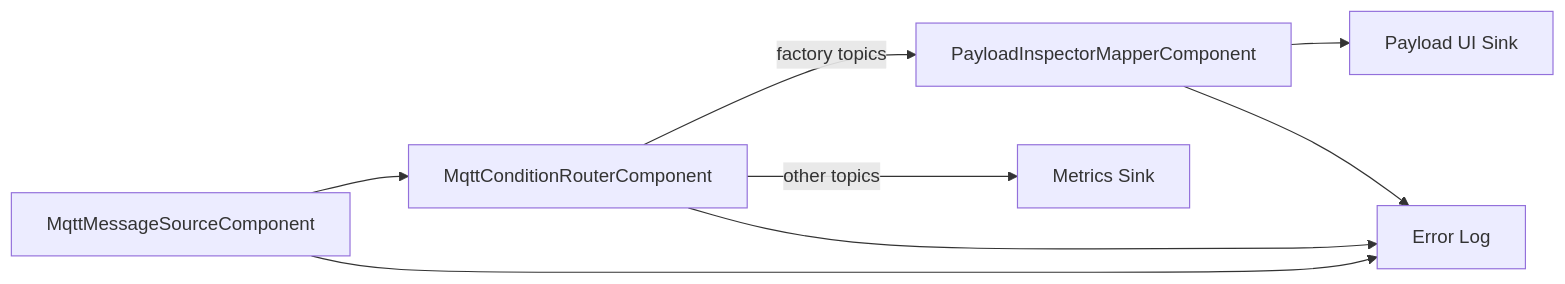
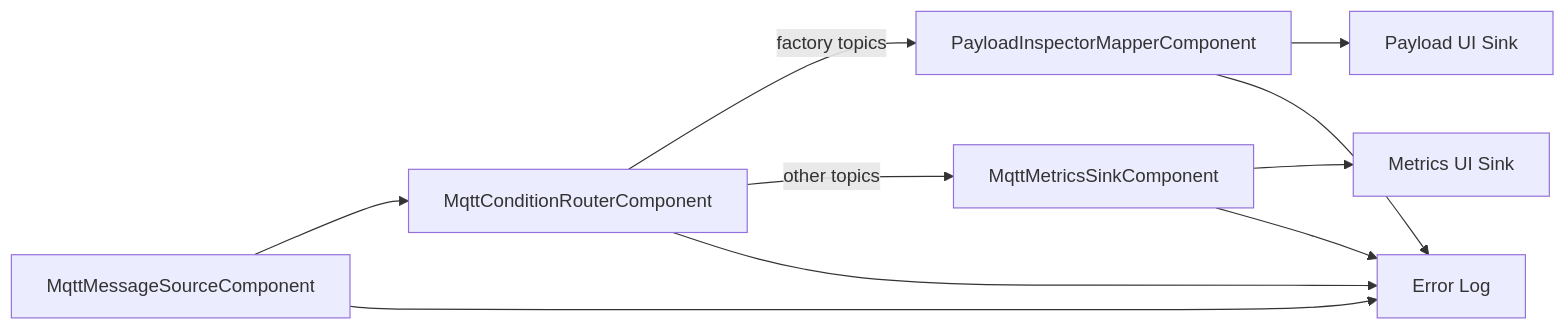
Diagram 14 of 16 in docs/flow-components.md (araxis/FluxMq), drawn with Mermaid before and after one commit. The commit also changed other lines of this file and 10 other files, not shown here.

Commit message:
Add MQTT metrics sink component

````diff
--- a/docs/flow-components.md
+++ b/docs/flow-components.md
@@ -359,10 +400,12 @@
 ```mermaid
 flowchart LR
     Source["MqttMessageSourceComponent"] --> Router["MqttConditionRouterComponent"]
     Router -->|factory topics| Inspector["PayloadInspectorMapperComponent"]
-    Router -->|other topics| Metrics["Metrics Sink"]
+    Router -->|other topics| Metrics["MqttMetricsSinkComponent"]
     Inspector --> Ui["Payload UI Sink"]
+    Metrics --> MetricsUi["Metrics UI Sink"]
     Source --> ErrorLog["Error Log"]
     Router --> ErrorLog
     Inspector --> ErrorLog
+    Metrics --> ErrorLog
 ```
````
